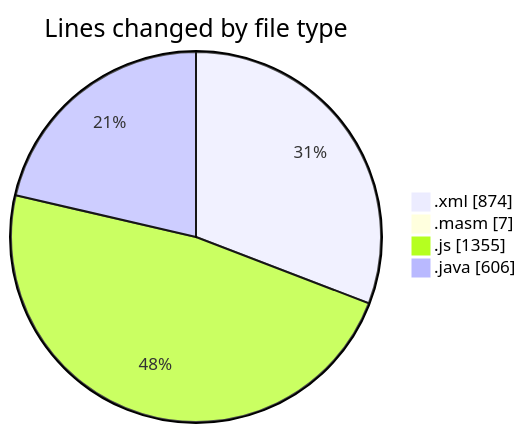
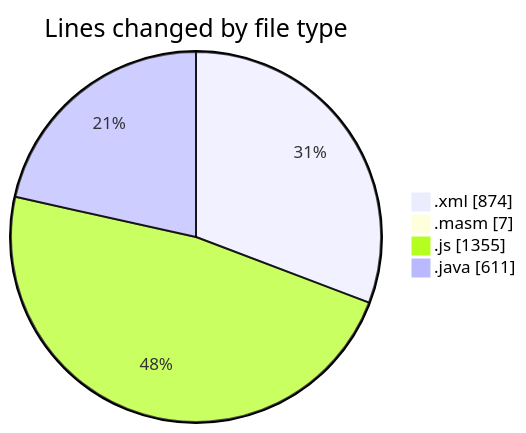
Before and after one commit to charlie-sans/code-tracking: the first of 2 diagrams in 2025-03-11/jmasm/README.md, drawn with Mermaid. The commit also changed other lines of this file and 1 other file, not shown here.

````diff
--- a/2025-03-11/jmasm/README.md
+++ b/2025-03-11/jmasm/README.md
@@ -26,8 +26,8 @@
 ```mermaid
 pie showData
 title Lines changed by file type
 ".xml" : 874
 ".masm" : 7
 ".js" : 1355
-".java" : 606
+".java" : 611
 ```
````
